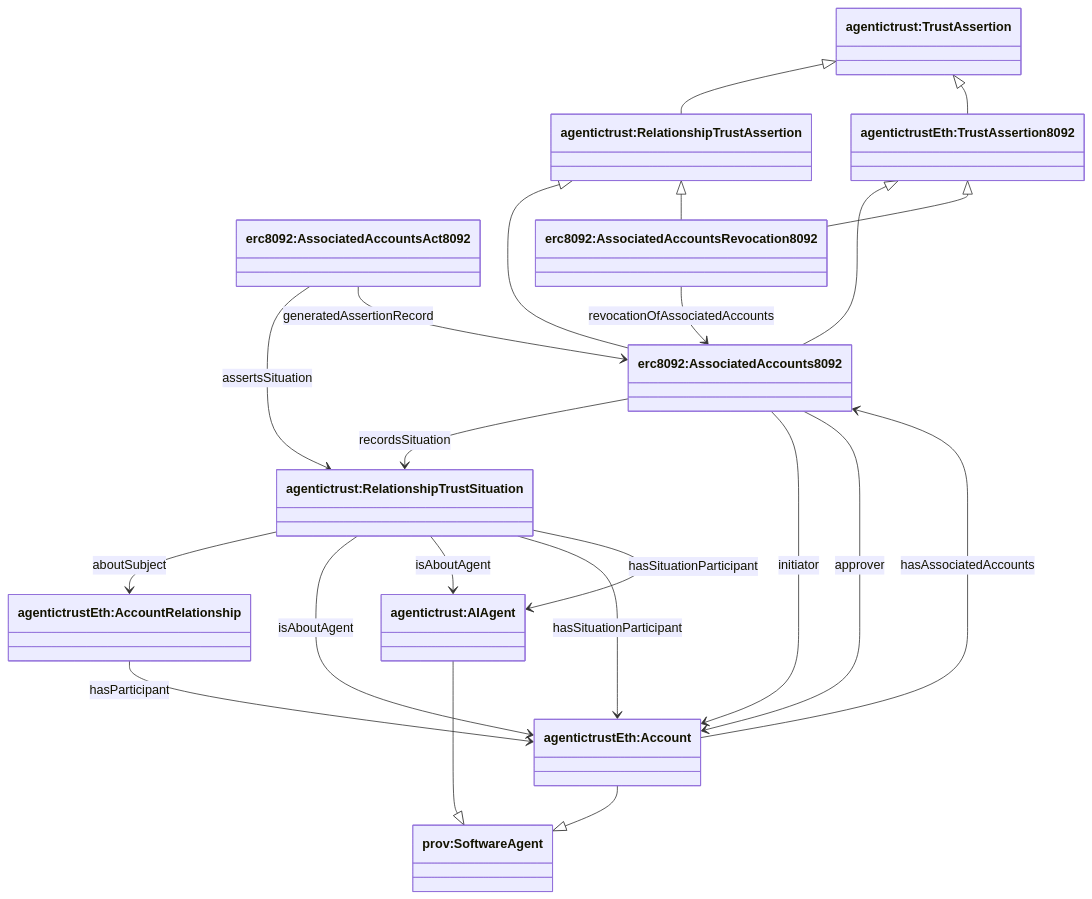
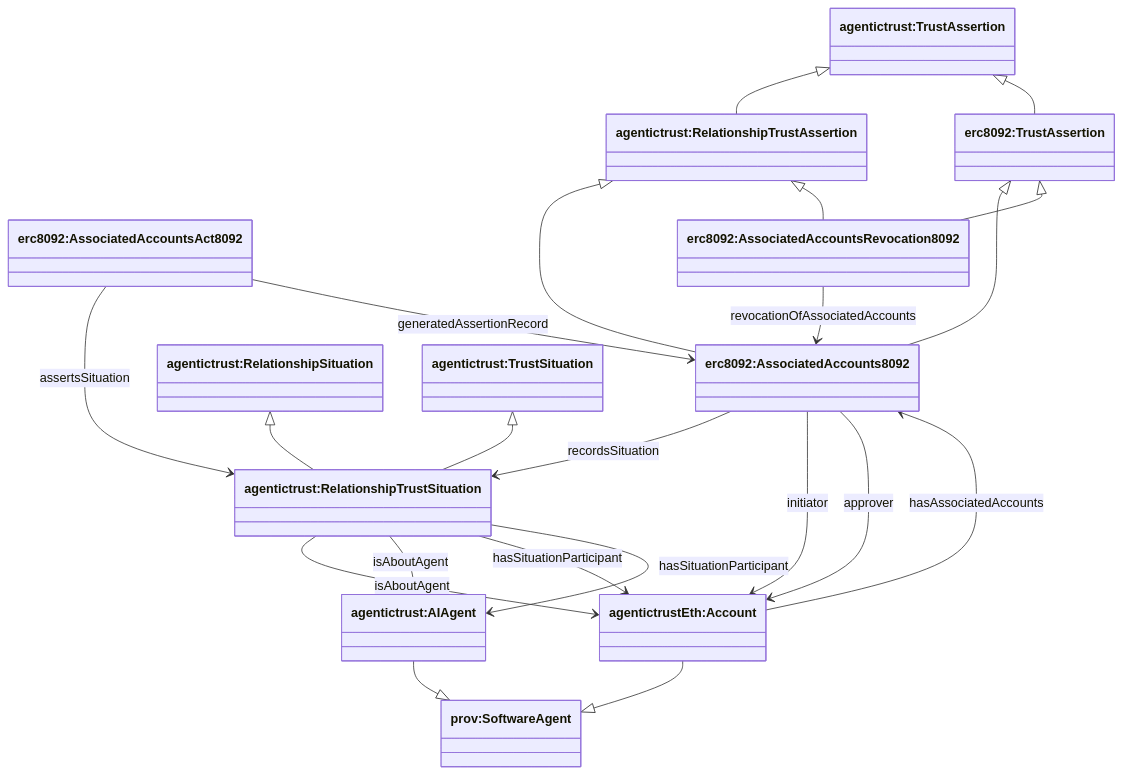
The diagram in docs/ontology/erc8092.md (Agentic-Trust-Layer/agent-explorer), drawn with Mermaid before and after one commit. The commit also changed other lines of this file and 5 other files, not shown here.

````diff
--- a/docs/ontology/erc8092.md
+++ b/docs/ontology/erc8092.md
@@ -48,42 +53,44 @@
 ```mermaid
 classDiagram
 direction TB
 
 class TrustAssertion["agentictrust:TrustAssertion"]
 class RelationshipTrustAssertion["agentictrust:RelationshipTrustAssertion"]
-class TrustAssertion8092["agentictrustEth:TrustAssertion8092"]
+class TrustAssertion8092["erc8092:TrustAssertion"]
 class AssociatedAccounts["erc8092:AssociatedAccounts8092"]
 class AssociatedAccountsAct["erc8092:AssociatedAccountsAct8092"]
 class AssociatedAccountsRevocation["erc8092:AssociatedAccountsRevocation8092"]
+class RelationshipSituation["agentictrust:RelationshipSituation"]
+class TrustSituation["agentictrust:TrustSituation"]
 class RelationshipTrustSituation["agentictrust:RelationshipTrustSituation"]
-class AccountRelationship["agentictrustEth:AccountRelationship"]
 class Account["agentictrustEth:Account"]
 class AIAgent["agentictrust:AIAgent"]
 class provSoftwareAgent["prov:SoftwareAgent"]
 
 TrustAssertion <|-- RelationshipTrustAssertion
 TrustAssertion <|-- TrustAssertion8092
 TrustAssertion8092 <|-- AssociatedAccounts
 RelationshipTrustAssertion <|-- AssociatedAccounts
 TrustAssertion8092 <|-- AssociatedAccountsRevocation
 RelationshipTrustAssertion <|-- AssociatedAccountsRevocation
 
+RelationshipSituation <|-- RelationshipTrustSituation
+TrustSituation <|-- RelationshipTrustSituation
+
 Account --|> provSoftwareAgent
 AIAgent --|> provSoftwareAgent
 
 Account --> AssociatedAccounts : hasAssociatedAccounts
 AssociatedAccounts --> RelationshipTrustSituation : recordsSituation
 AssociatedAccountsAct --> RelationshipTrustSituation : assertsSituation
 AssociatedAccountsAct --> AssociatedAccounts : generatedAssertionRecord
-RelationshipTrustSituation --> AccountRelationship : aboutSubject
 
 AssociatedAccounts --> Account : initiator
 AssociatedAccounts --> Account : approver
 AssociatedAccountsRevocation --> AssociatedAccounts : revocationOfAssociatedAccounts
 
 RelationshipTrustSituation --> Account : isAboutAgent
 RelationshipTrustSituation --> AIAgent : isAboutAgent
 RelationshipTrustSituation --> Account : hasSituationParticipant
 RelationshipTrustSituation --> AIAgent : hasSituationParticipant
-AccountRelationship --> Account : hasParticipant
 ```
````
